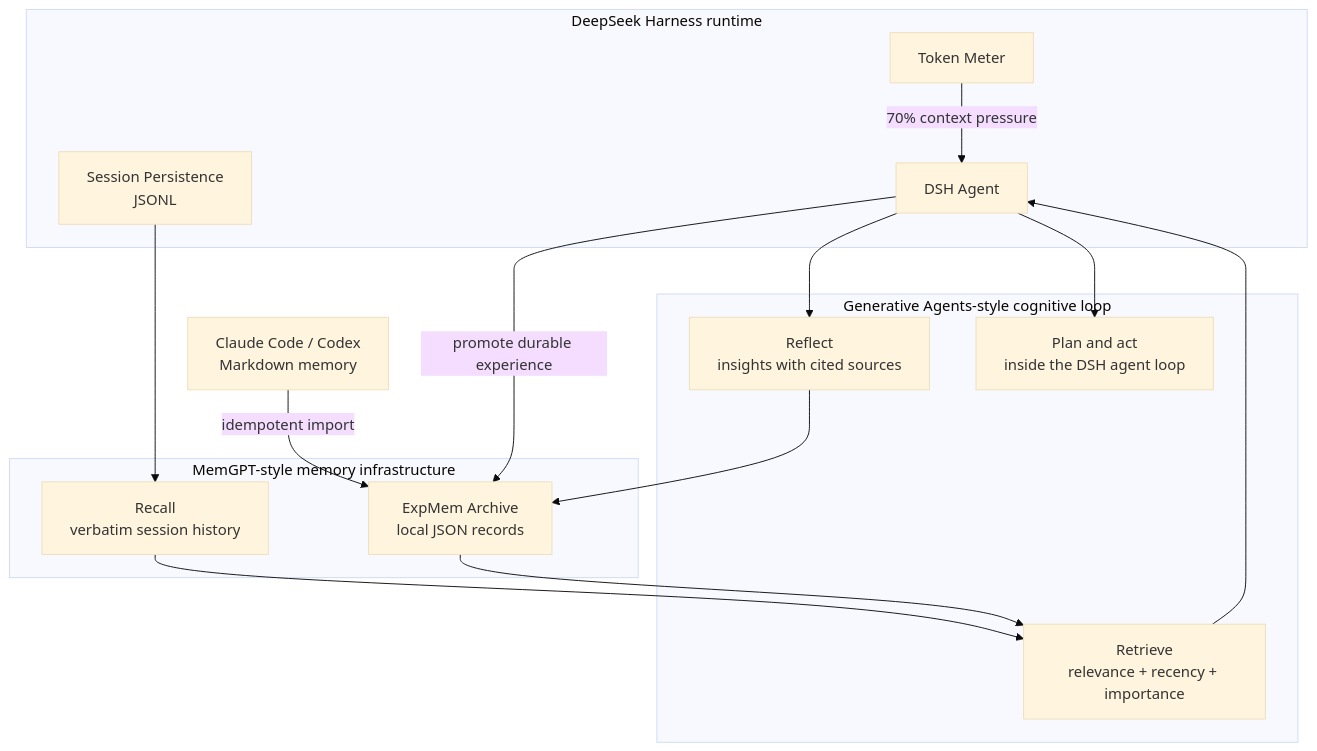
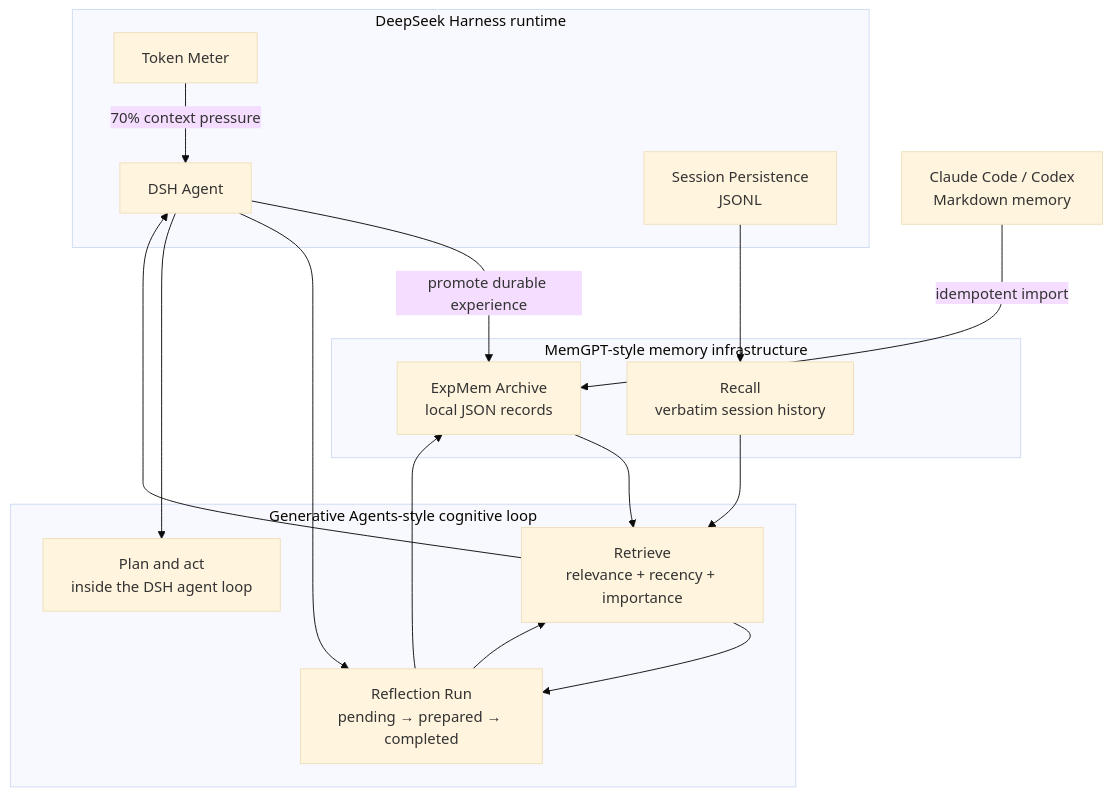
One commit to creativedswork/dsh-expmem changed the diagram in README.md. Above: the diagram before and after it, drawn with Mermaid (base theme). The commit also changed other lines of this file and 9 other files, not shown here.

````diff
--- a/README.md
+++ b/README.md
@@ -23,30 +23,32 @@
 ```mermaid
 flowchart TB
   subgraph Runtime["DeepSeek Harness runtime"]
     Agent["DSH Agent"]
     Meter["Token Meter"]
     Sessions["Session Persistence<br/>JSONL"]
   end
 
   subgraph Memory["MemGPT-style memory infrastructure"]
     Recall["Recall<br/>verbatim session history"]
     Archive["ExpMem Archive<br/>local JSON records"]
   end
 
   subgraph Cognition["Generative Agents-style cognitive loop"]
     Retrieve["Retrieve<br/>relevance + recency + importance"]
-    Reflect["Reflect<br/>insights with cited sources"]
+    Reflect["Reflection Run<br/>pending → prepared → completed"]
     Plan["Plan and act<br/>inside the DSH agent loop"]
   end
 
   Sources["Claude Code / Codex<br/>Markdown memory"] -->|"idempotent import"| Archive
   Sessions --> Recall
   Meter -->|"70% context pressure"| Agent
   Recall --> Retrieve
   Archive --> Retrieve
   Retrieve --> Agent
   Agent -->|"promote durable experience"| Archive
   Agent --> Reflect
+  Reflect --> Retrieve
+  Retrieve --> Reflect
   Reflect --> Archive
   Agent --> Plan
 ```
````
